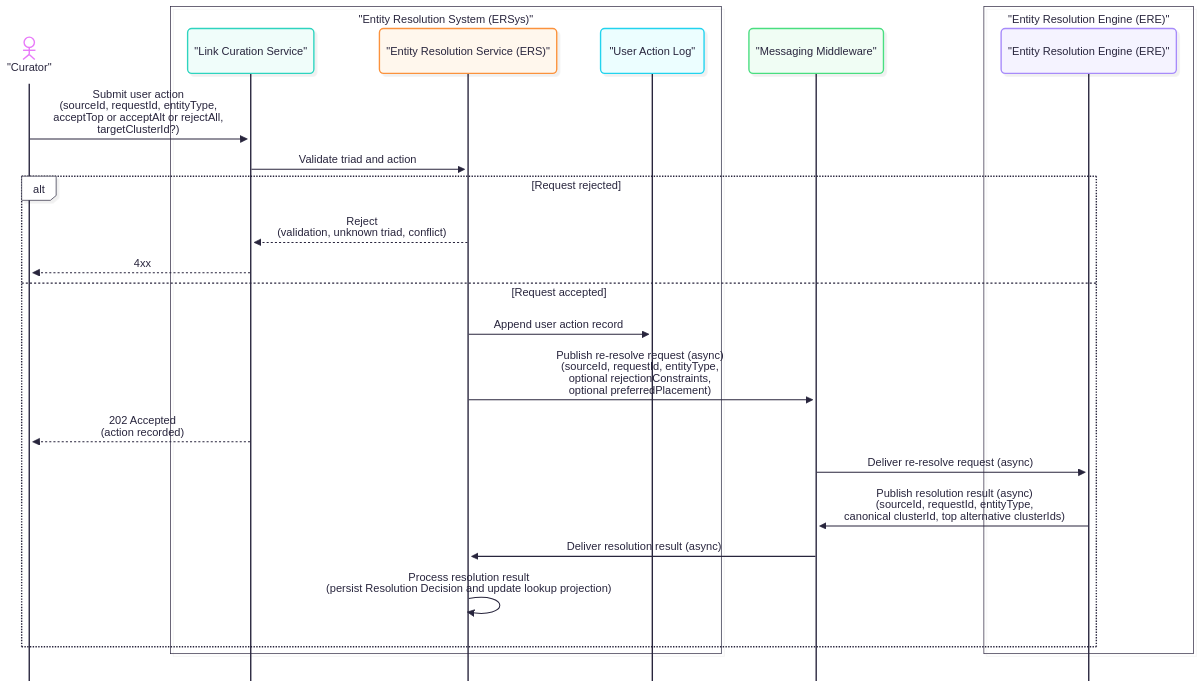
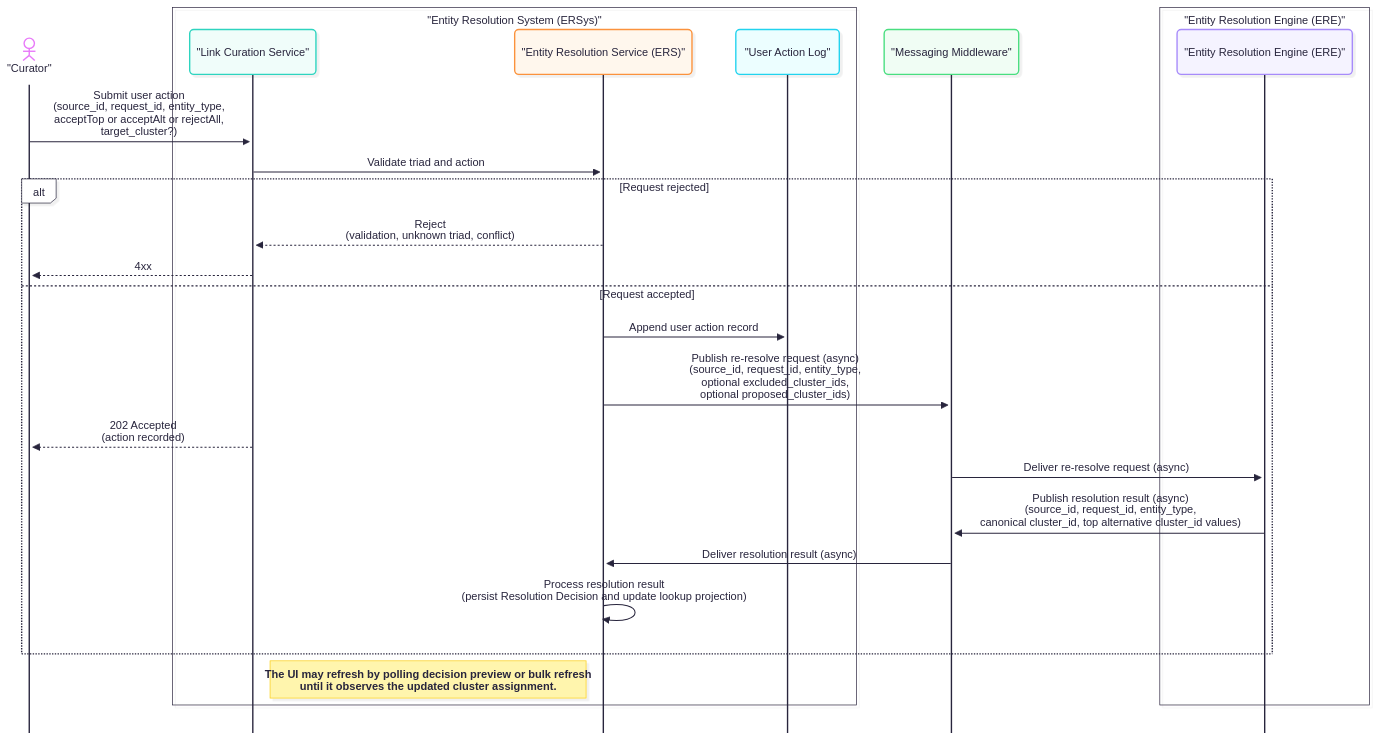
The diagram in docs/modules/ROOT/pages/ERSArchitecture/spine-d.adoc (OP-TED/entity-resolution-docs), drawn with Mermaid before and after one commit. The commit also changed other lines of this file and 15 other files, not shown here.

Commit message:
docs: revise architecture section

```diff
--- a/docs/modules/ROOT/pages/ERSArchitecture/spine-d.adoc
+++ b/docs/modules/ROOT/pages/ERSArchitecture/spine-d.adoc
@@ -11,50 +12,50 @@
-[mermaid]
+[mermaid, align=center]
 ----
 ---
 config:
   look: neo
   theme: redux-color
   mirrorActors: false
   sequence:
     bottomMarginAdj: 0.1
 ---
 sequenceDiagram
 %% Maps to EA diagram: UML Sequence (Spine D)
 %% Purpose: curator submits a user action (acceptTop, acceptAlt, rejectAll) that is logged and forwarded to ERE
 %% Focus: user action log, async re-resolve, later UI refresh when results arrive
 %% Excludes: decision browsing, detailed store choreography, scoring internals
 
 actor Curator as "Curator"
 
 box "Entity Resolution System (ERSys)"
     participant LinkCurationSvc as "Link Curation Service"
     participant ERS as "Entity Resolution Service (ERS)"
     participant UserActionLog as "User Action Log"
 end
 
 participant MessagingMiddleware as "Messaging Middleware"
 
 box "Entity Resolution Engine (ERE)"
     participant ERE as "Entity Resolution Engine (ERE)"
 end
 
-Curator ->> LinkCurationSvc: Submit user action<br/>(sourceId, requestId, entityType,<br/>acceptTop or acceptAlt or rejectAll,<br/>targetClusterId?)
+Curator ->> LinkCurationSvc: Submit user action<br/>(source_id, request_id, entity_type,<br/>acceptTop or acceptAlt or rejectAll,<br/>target_cluster?)
 LinkCurationSvc ->> ERS: Validate triad and action
 
 alt Request rejected
     ERS -->> LinkCurationSvc: Reject<br/>(validation, unknown triad, conflict)
     LinkCurationSvc -->> Curator: 4xx
 else Request accepted
     ERS ->> UserActionLog: Append user action record
-    ERS ->> MessagingMiddleware: Publish re-resolve request (async)<br/>(sourceId, requestId, entityType,<br/>optional rejectionConstraints,<br/>optional preferredPlacement)
+    ERS ->> MessagingMiddleware: Publish re-resolve request (async)<br/>(source_id, request_id, entity_type,<br/>optional excluded_cluster_ids,<br/>optional proposed_cluster_ids)
     LinkCurationSvc -->> Curator: 202 Accepted<br/>(action recorded)
 
     MessagingMiddleware ->> ERE: Deliver re-resolve request (async)
-    ERE ->> MessagingMiddleware: Publish resolution result (async)<br/>(sourceId, requestId, entityType,<br/>canonical clusterId, top alternative clusterIds)
+    ERE ->> MessagingMiddleware: Publish resolution result (async)<br/>(source_id, request_id, entity_type,<br/>canonical cluster_id, top alternative cluster_id values)
     MessagingMiddleware ->> ERS: Deliver resolution result (async)
     ERS ->> ERS: Process resolution result<br/>(persist Resolution Decision and update lookup projection)
 end
 
-%% note right of LinkCurationSvc: The UI may refresh by polling decision preview or bulk refresh<br/>until it observes the updated cluster assignment
+Note right of LinkCurationSvc: The UI may refresh by polling decision preview or bulk refresh<br/>until it observes the updated cluster assignment.
 
 ----
```
